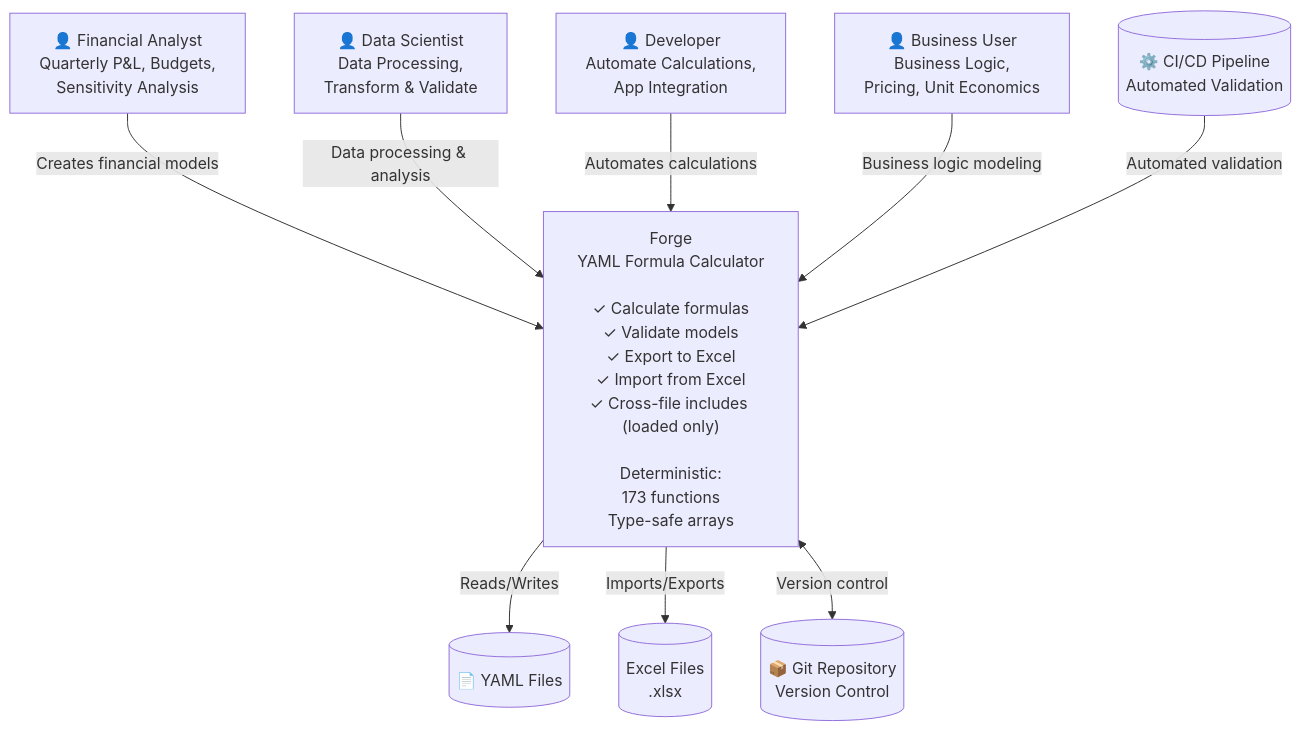
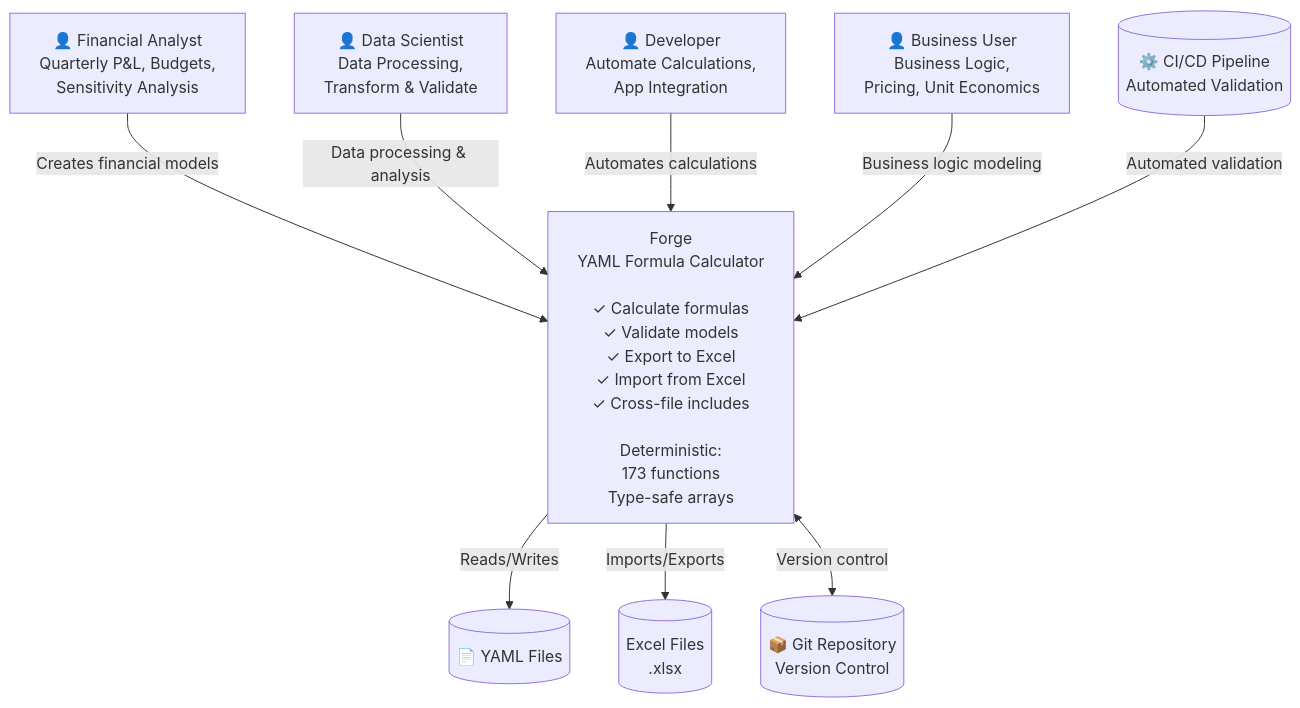
The first of 2 diagrams in docs/architecture/00-OVERVIEW.md (mollendorff-ai/forge), drawn with Mermaid before and after one commit. The commit also changed other lines of this file and 8 other files, not shown here.

````diff
--- a/docs/architecture/00-OVERVIEW.md
+++ b/docs/architecture/00-OVERVIEW.md
@@ -58,28 +58,28 @@
 ```mermaid
 graph TB
     %% External Actors
     analyst["👤 Financial Analyst<br/>Quarterly P&L, Budgets,<br/>Sensitivity Analysis"]
     datascientist["👤 Data Scientist<br/>Data Processing,<br/>Transform & Validate"]
     developer["👤 Developer<br/>Automate Calculations,<br/>App Integration"]
     business["👤 Business User<br/>Business Logic,<br/>Pricing, Unit Economics"]
 
     %% Forge System
-    forge["Forge<br/>YAML Formula Calculator<br/><br/>✓ Calculate formulas<br/>✓ Validate models<br/>✓ Export to Excel<br/>✓ Import from Excel<br/>✓ Cross-file includes (loaded only)<br/><br/>Deterministic:<br/>173 functions<br/>Type-safe arrays"]
+    forge["Forge<br/>YAML Formula Calculator<br/><br/>✓ Calculate formulas<br/>✓ Validate models<br/>✓ Export to Excel<br/>✓ Import from Excel<br/>✓ Cross-file includes<br/><br/>Deterministic:<br/>173 functions<br/>Type-safe arrays"]
 
     %% External Systems
     git[("📦 Git Repository<br/>Version Control")]
     excel[("Excel Files<br/>.xlsx")]
     yaml[("📄 YAML Files")]
     cicd[("⚙️ CI/CD Pipeline<br/>Automated Validation")]
 
     %% Relationships
     analyst -->|Creates financial models| forge
     datascientist -->|Data processing & analysis| forge
     developer -->|Automates calculations| forge
     business -->|Business logic modeling| forge
 
     forge -->|Reads/Writes| yaml
     forge -->|Imports/Exports| excel
     forge <-->|Version control| git
     cicd -->|Automated validation| forge
 ```
````
